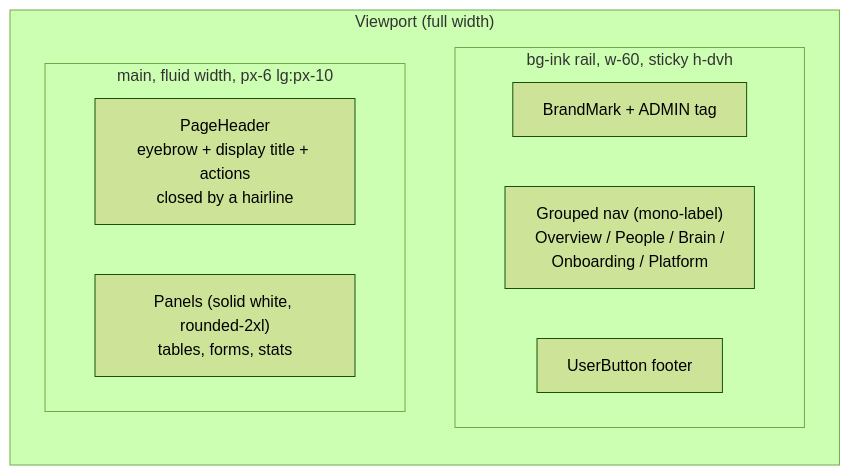
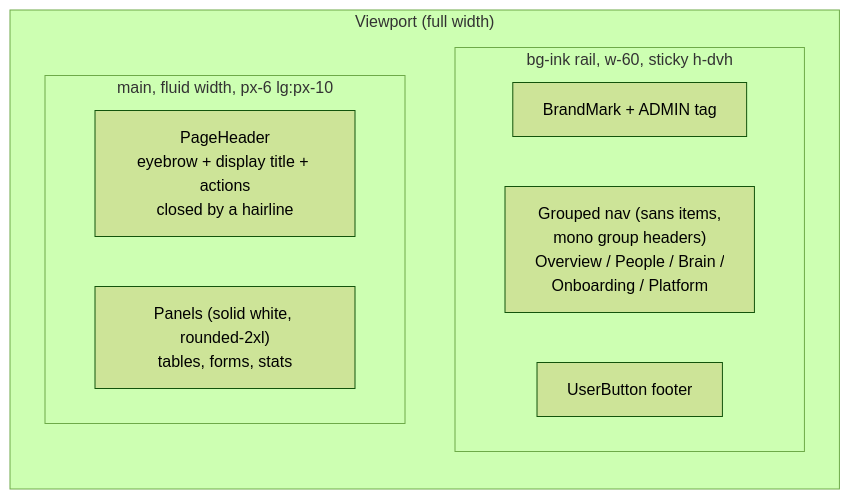
One commit to Joice-Health/Joice changed the diagram in docs/admin/00-plan.md. Above: the diagram before and after it, drawn with Mermaid (forest theme). The commit also changed other lines of this file and 19 other files, not shown here.

First line of the commit message:
The mono face leaves the nav items and the data

````diff
--- a/docs/admin/00-plan.md
+++ b/docs/admin/00-plan.md
@@ -37,14 +37,14 @@
 ```mermaid
 flowchart LR
     subgraph viewport["Viewport (full width)"]
         subgraph rail["bg-ink rail, w-60, sticky h-dvh"]
             B["BrandMark + ADMIN tag"]
-            N["Grouped nav (mono-label)\nOverview / People / Brain /\nOnboarding / Platform"]
+            N["Grouped nav (sans items,\nmono group headers)\nOverview / People / Brain /\nOnboarding / Platform"]
             F["UserButton footer"]
         end
         subgraph main["main, fluid width, px-6 lg:px-10"]
             H["PageHeader\neyebrow + display title + actions\nclosed by a hairline"]
             C["Panels (solid white, rounded-2xl)\ntables, forms, stats"]
         end
     end
 ```
````
